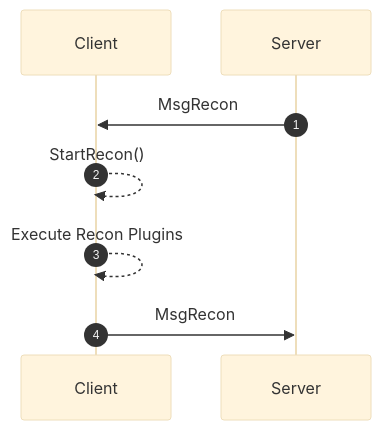
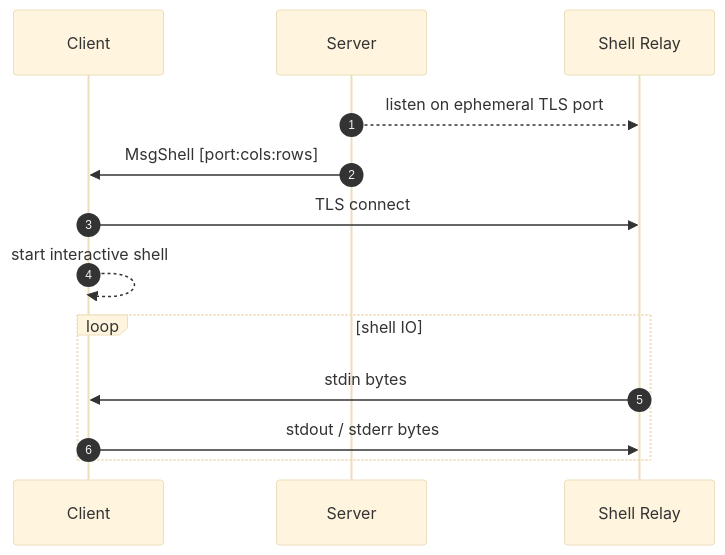
One commit to SignorMercurio/siren_docs changed the fourth of 6 diagrams in content/docs/(siren)/protocol.mdx. Above: the diagram before and after it, drawn with Mermaid (base theme). The commit also changed other lines of this file and 41 other files, not shown here.

````diff
--- a/content/docs/(siren)/protocol.mdx
+++ b/content/docs/(siren)/protocol.mdx
@@ -150,10 +146,15 @@
 ```mermaid
 sequenceDiagram
     autonumber
     participant C as Client
     participant S as Server
-    S->>C: MsgRecon
-    C-->>C: StartRecon()
-    C-->>C: Execute Recon Plugins
-    C->>S: MsgRecon
+    participant R as Shell Relay
+    S-->>R: listen on ephemeral TLS port
+    S->>C: MsgShell [port:cols:rows]
+    C->>R: TLS connect
+    C-->>C: start interactive shell
+    loop shell IO
+        R->>C: stdin bytes
+        C->>R: stdout / stderr bytes
+    end
 ```
````
